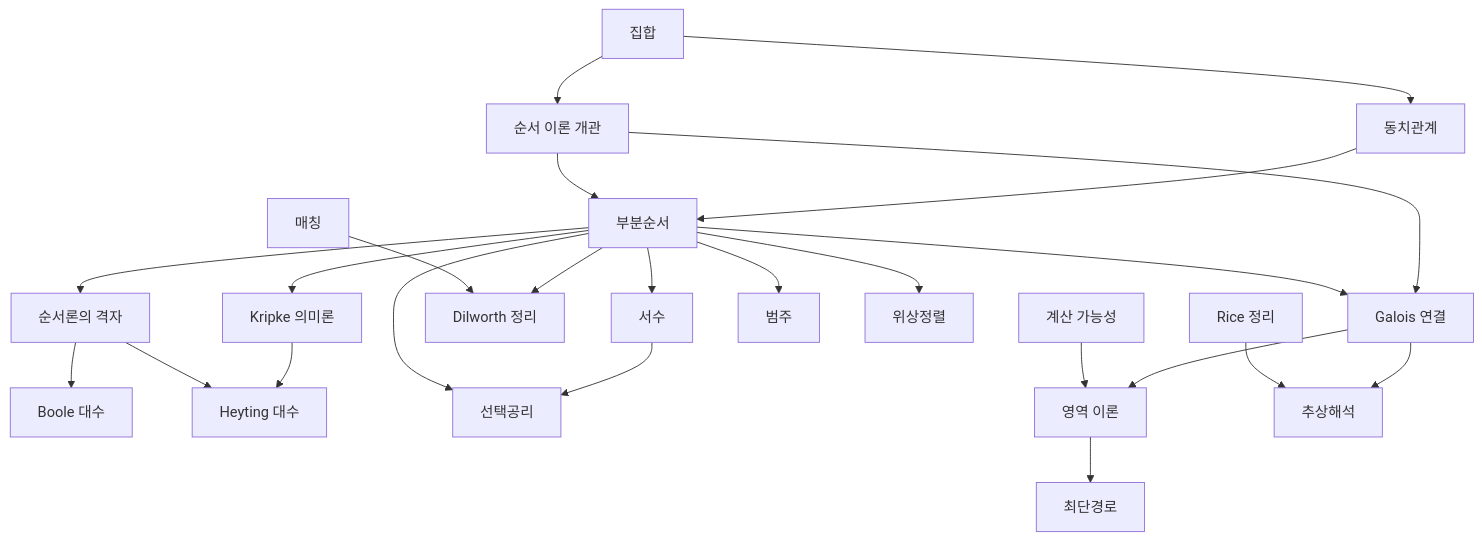
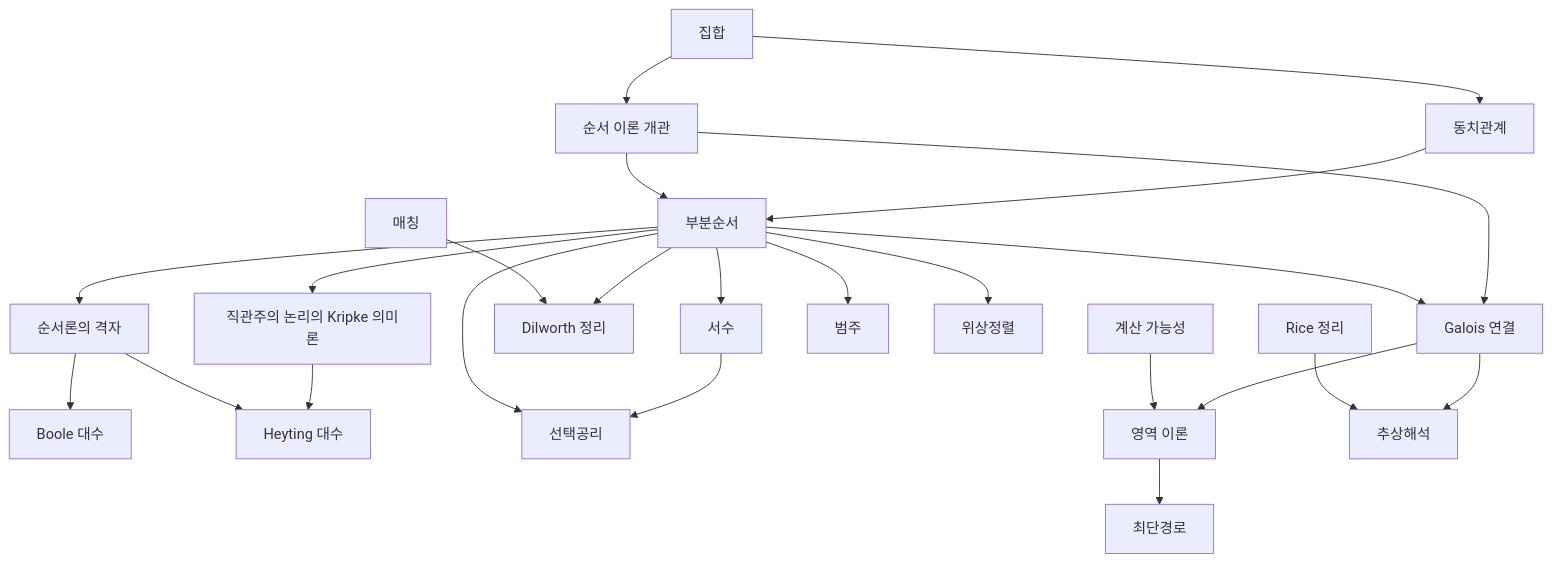
The diagram in docs/order-theory-overview.md (Phryxia/math-map), drawn with Mermaid before and after one commit. The commit also changed 8 other files, not shown here.

````diff
--- a/docs/order-theory-overview.md
+++ b/docs/order-theory-overview.md
@@ -13,26 +13,26 @@
 ```mermaid
 graph TD
   SETS["집합"] --> REL["동치관계"]
   SETS --> OTO["순서 이론 개관"]
   REL --> PO["부분순서"]
   OTO --> PO
   OTO --> GC["Galois 연결"]
   PO --> LAT["순서론의 격자"]
   LAT --> BA["Boole 대수"]
-  PO --> KS["Kripke 의미론"]
+  PO --> KS["직관주의 논리의 Kripke 의미론"]
   KS --> HA["Heyting 대수"]
   LAT --> HA
   PO --> GC
   PO --> DW["Dilworth 정리"]
   PO --> ORD["서수"]
   ORD --> AC["선택공리"]
   PO --> AC
   PO --> CAT["범주"]
   PO --> TS["위상정렬"]
   MAT["매칭"] --> DW
   GC --> DT["영역 이론"]
   GC --> AI["추상해석"]
   COMP["계산 가능성"] --> DT
   RICE["Rice 정리"] --> AI
   DT --> SP["최단경로"]
 ```
````
